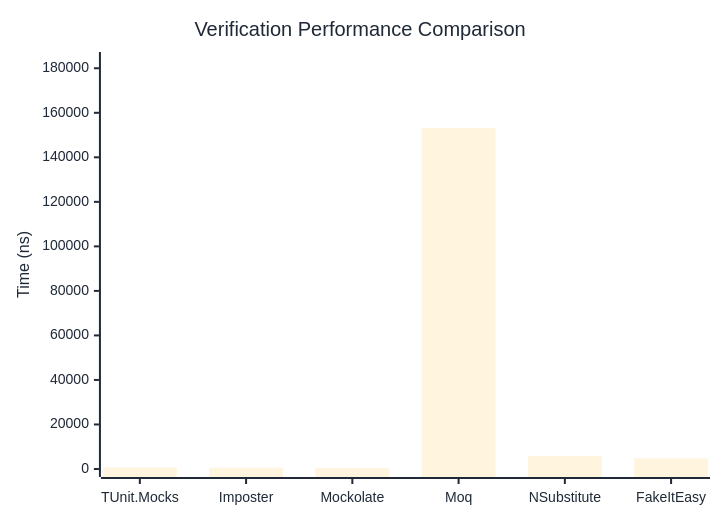
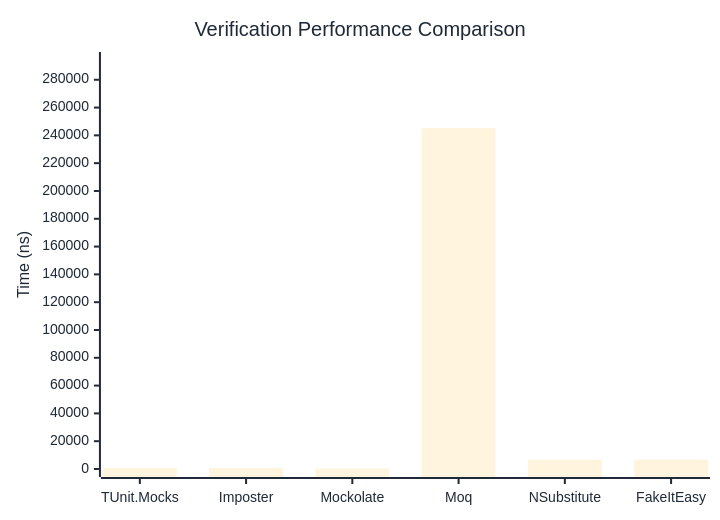
One commit to thomhurst/TUnit changed the first of 3 diagrams in docs/docs/benchmarks/mocks/Verification.md. Above: the diagram before and after it, drawn with Mermaid. The commit also changed other lines of this file and 14 other files, not shown here.

````diff
--- a/docs/docs/benchmarks/mocks/Verification.md
+++ b/docs/docs/benchmarks/mocks/Verification.md
@@ -30,27 +30,27 @@
 ```mermaid
 %%{init: {
   'theme':'base',
   'themeVariables': {
     'primaryColor': '#2563eb',
     'primaryTextColor': '#1f2937',
     'primaryBorderColor': '#1e40af',
     'lineColor': '#6b7280',
     'secondaryColor': '#7c3aed',
     'tertiaryColor': '#dc2626',
     'background': '#ffffff',
     'pie1': '#2563eb',
     'pie2': '#7c3aed',
     'pie3': '#dc2626',
     'pie4': '#f59e0b',
     'pie5': '#10b981',
     'pie6': '#06b6d4',
     'pie7': '#ec4899',
     'pie8': '#6366f1'
   }
 }}%%
 xychart-beta
   title "Verification Performance Comparison"
   x-axis ["TUnit.Mocks", "Imposter", "Mockolate", "Moq", "NSubstitute", "FakeItEasy"]
-  y-axis "Time (ns)" 0 --> 183716
-  bar [652.46, 584.74, 374.73, 153096.5, 5835.27, 4767.53]
+  y-axis "Time (ns)" 0 --> 294212
+  bar [784.28, 714.22, 395.99, 245176.36, 6659.63, 6723.88]
 ```
````
